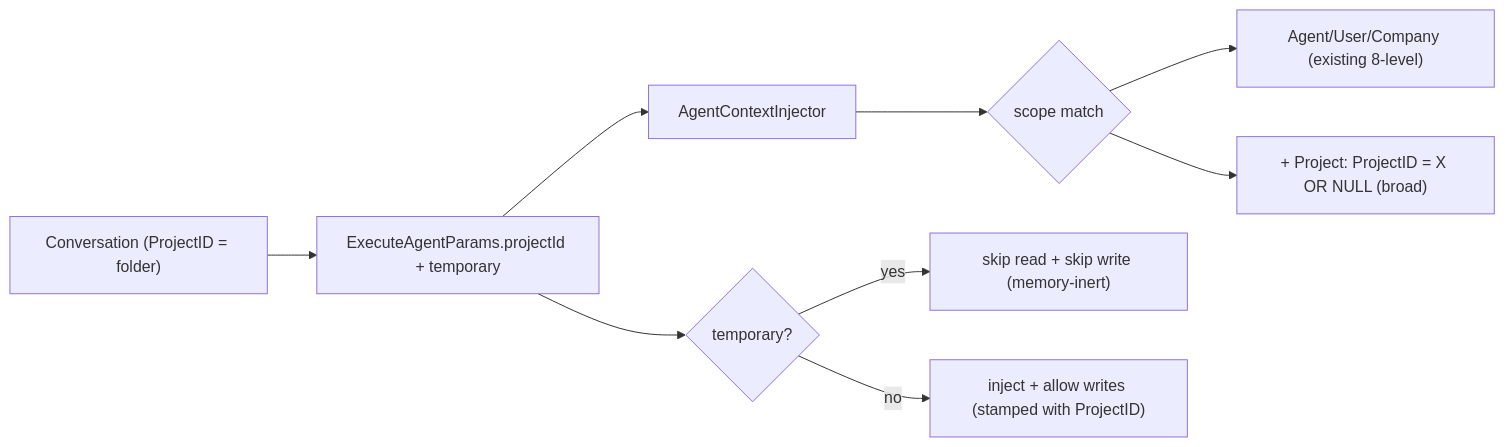
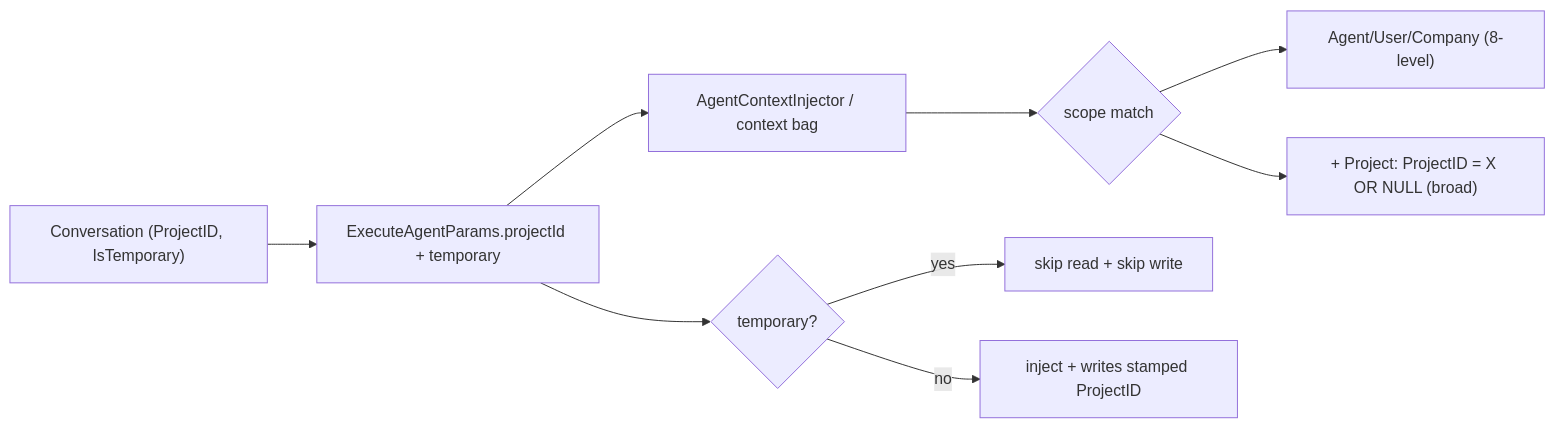
One commit to MemberJunction/MJ changed the seventh of 9 diagrams in plans/conversations-mega-phase-1-wbs.md. Above: the diagram before and after it, drawn with Mermaid. The commit also changed other lines of this file, not shown here.

````diff
--- a/plans/conversations-mega-phase-1-wbs.md
+++ b/plans/conversations-mega-phase-1-wbs.md
@@ -338,11 +272,11 @@
 ```mermaid
 flowchart LR
-  CONV["Conversation (ProjectID = folder)"] --> PARAMS["ExecuteAgentParams.projectId + temporary"]
-  PARAMS --> INJ["AgentContextInjector"]
-  INJ --> LATTICE{"scope match"}
-  LATTICE --> A["Agent/User/Company (existing 8-level)"]
-  LATTICE --> P["+ Project: ProjectID = X OR NULL (broad)"]
-  PARAMS --> TEMP{"temporary?"}
-  TEMP -->|yes| SKIP["skip read + skip write (memory-inert)"]
-  TEMP -->|no| NORMAL["inject + allow writes (stamped with ProjectID)"]
+  CONV["Conversation (ProjectID, IsTemporary)"] --> PARAMS["ExecuteAgentParams.projectId + temporary"]
+  PARAMS --> INJ[AgentContextInjector / context bag]
+  INJ --> LAT{scope match}
+  LAT --> A["Agent/User/Company (8-level)"]
+  LAT --> P["+ Project: ProjectID = X OR NULL (broad)"]
+  PARAMS --> T{temporary?}
+  T -->|yes| SKIP[skip read + skip write]
+  T -->|no| OK["inject + writes stamped ProjectID"]
 ```
````
